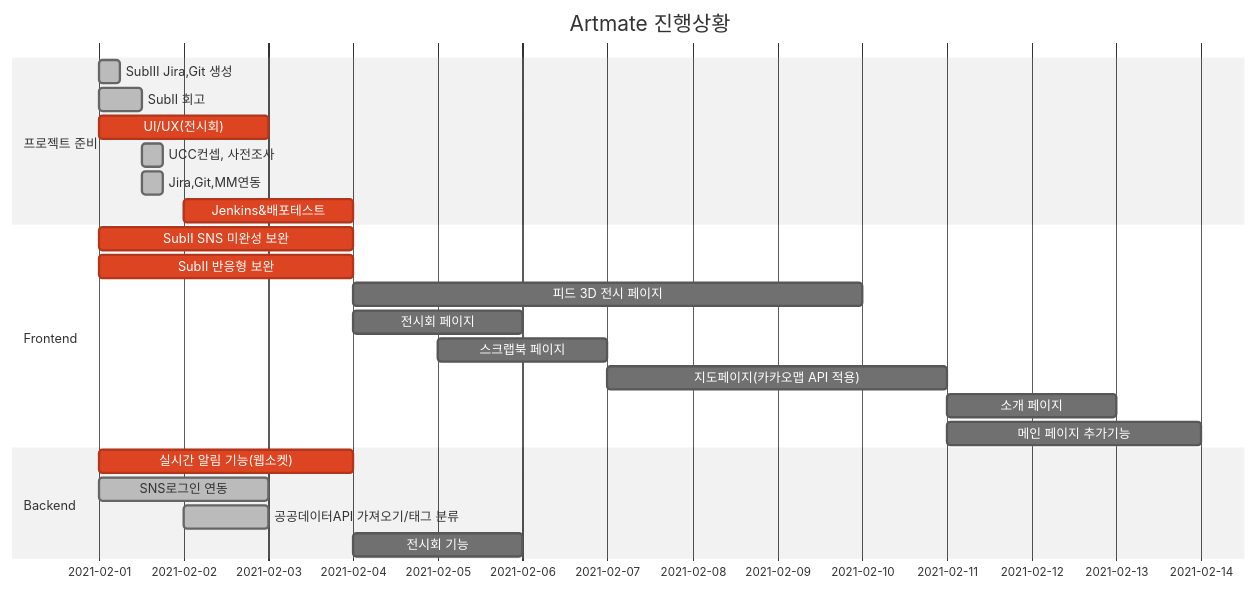
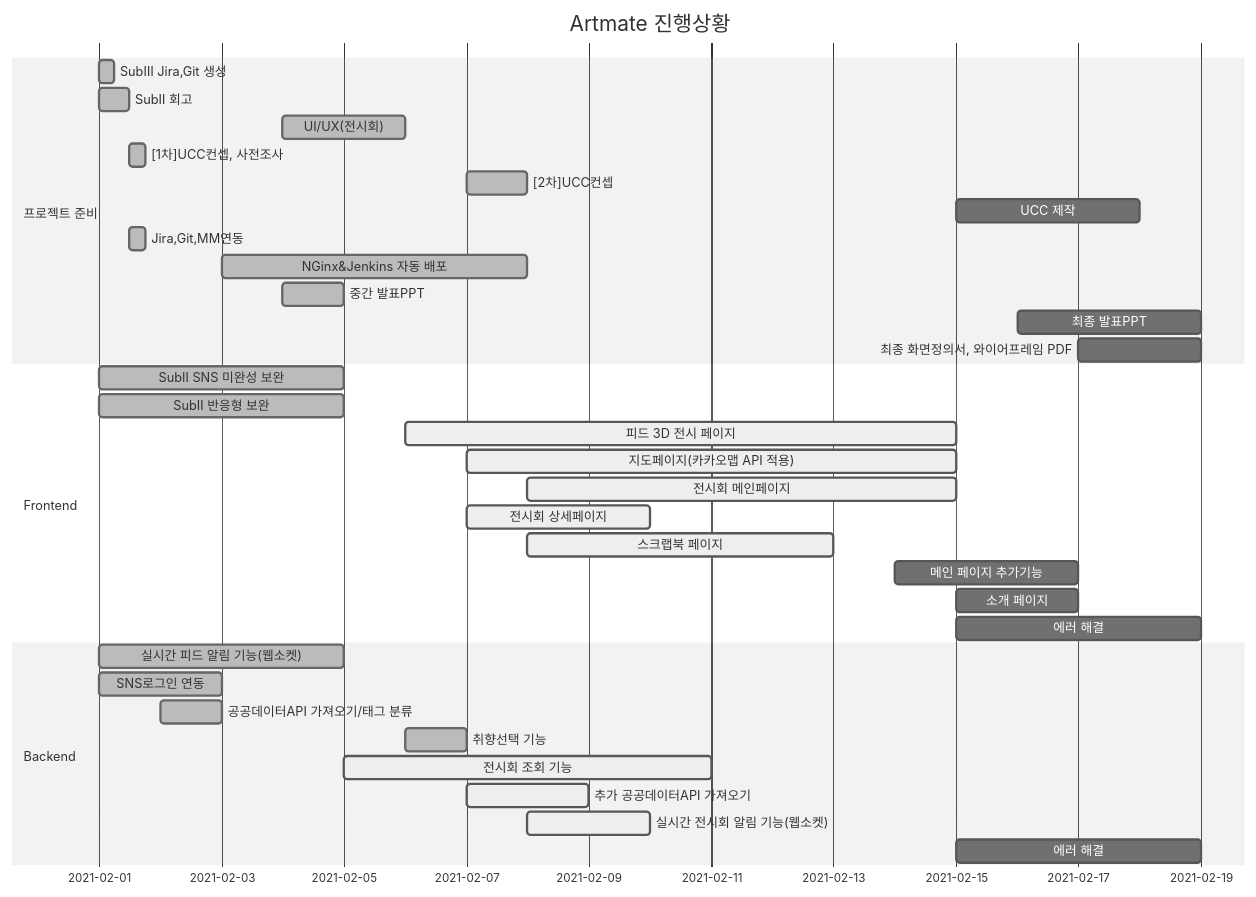
The diagram in README.md (dovvn/Artmate-PJT), drawn with Mermaid (neutral theme) before and after one commit.

Commit message:
README_0208: 오전 진행상황 업데이트

````diff
--- a/README.md
+++ b/README.md
@@ -21,30 +21,44 @@
 ```mermaid  
 gantt
     title Artmate 진행상황
     dateFormat  YYYY-MM-DD
     section 프로젝트 준비
     SubⅢ Jira,Git 생성  :done, 2021-02-01, 6h
     SubⅡ 회고          :done, p2,2021-02-01, 12h
-    UI/UX(전시회)   :crit,2021-02-01,2d
-    UCC컨셉, 사전조사   :done,after p2,6h
+    UI/UX(전시회)   :done,2021-02-04,2d
+    [1차]UCC컨셉, 사전조사   :done,after p2,6h
+    [2차]UCC컨셉   :done,2021-02-07,1d
+    UCC 제작   :,2021-02-15,3d
+
     Jira,Git,MM연동   :done,after p2,6h
-    Jenkins&배포테스트 :crit, 2021-02-02,2d
+    NGinx&Jenkins 자동 배포 :done, 2021-02-03,5d
+    중간 발표PPT: done,2021-02-04,1d
+    최종 발표PPT: ,2021-02-16,3d
+    최종 화면정의서, 와이어프레임 PDF: ,2021-02-17,2d
     
     
+
     section Frontend
-    SubⅡ SNS 미완성 보완          :crit, 2021-02-01, 3d
-    SubⅡ 반응형 보완          :crit, 2021-02-01, 3d
-    피드 3D 전시 페이지   :,2021-02-04,6d
-    전시회 페이지   :,2021-02-04,2d
-    스크랩북 페이지   :,2021-02-05,2d
-    지도페이지(카카오맵 API 적용)       :2021-02-07, 4d
-    소개 페이지   :,2021-02-11,2d
-    메인 페이지 추가기능   :,2021-02-11,3d
+    SubⅡ SNS 미완성 보완          :done, 2021-02-01, 4d
+    SubⅡ 반응형 보완          :done, 2021-02-01, 4d
+    피드 3D 전시 페이지   :active,2021-02-06,9d
+    지도페이지(카카오맵 API 적용):active,2021-02-07, 8d
+    전시회 메인페이지   :active,2021-02-08,7d
+    전시회 상세페이지   :active,2021-02-07,3d
+    스크랩북 페이지   :active,2021-02-08,5d
+    메인 페이지 추가기능   :,2021-02-14,3d
+    소개 페이지   :,2021-02-15,2d
+    에러 해결   :,2021-02-15,4d
+    
     
 
     section Backend
-    실시간 알림 기능(웹소켓)          :crit, 2021-02-01, 3d
+    실시간 피드 알림 기능(웹소켓)          :done, 2021-02-01, 4d
     SNS로그인 연동          :done, 2021-02-01, 2d
     공공데이터API 가져오기/태그 분류          :done, p1, 2021-02-02, 1d
-    전시회 기능:,2021-02-04,2d
+    취향선택 기능:done,2021-02-06,1d
+    전시회 조회 기능:active,2021-02-05,6d
+    추가 공공데이터API 가져오기          :active, p1, 2021-02-07, 2d
+    실시간 전시회 알림 기능(웹소켓)          :active, 2021-02-08, 2d
+    에러 해결   :,2021-02-15,4d
 ```
````
